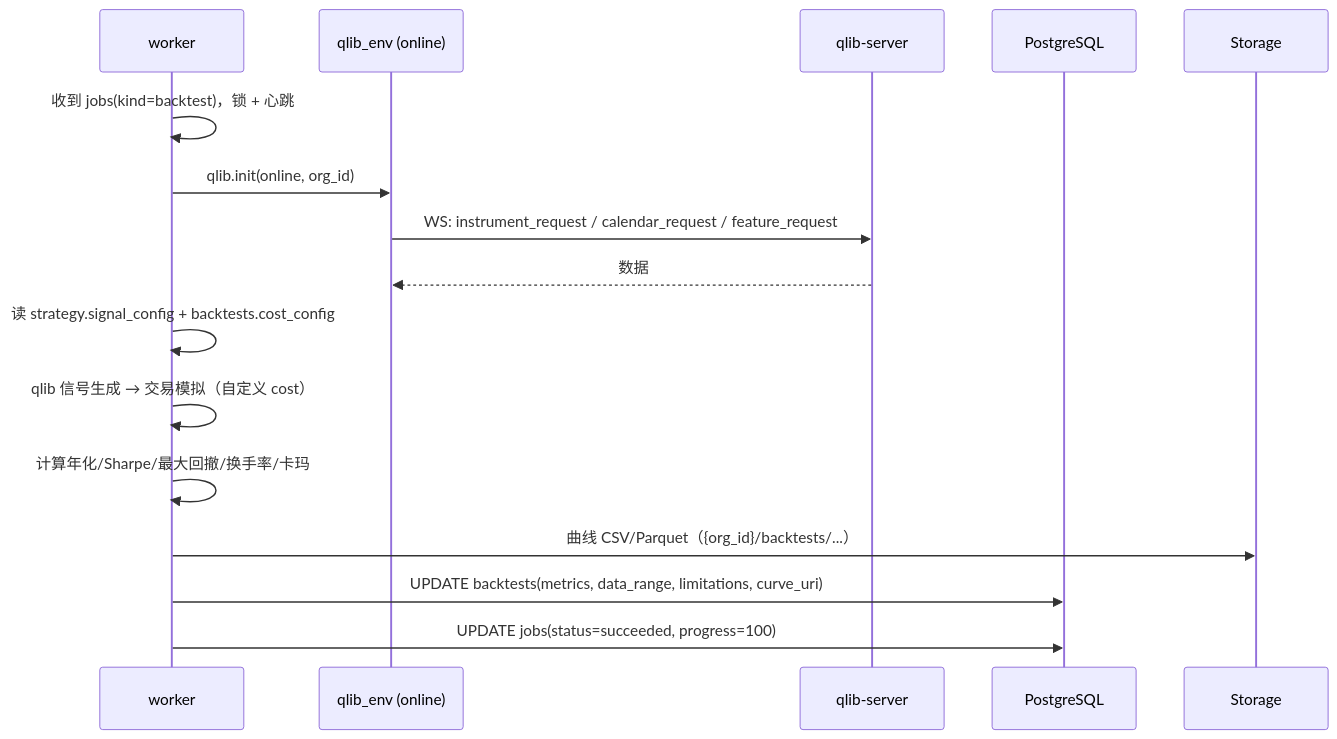
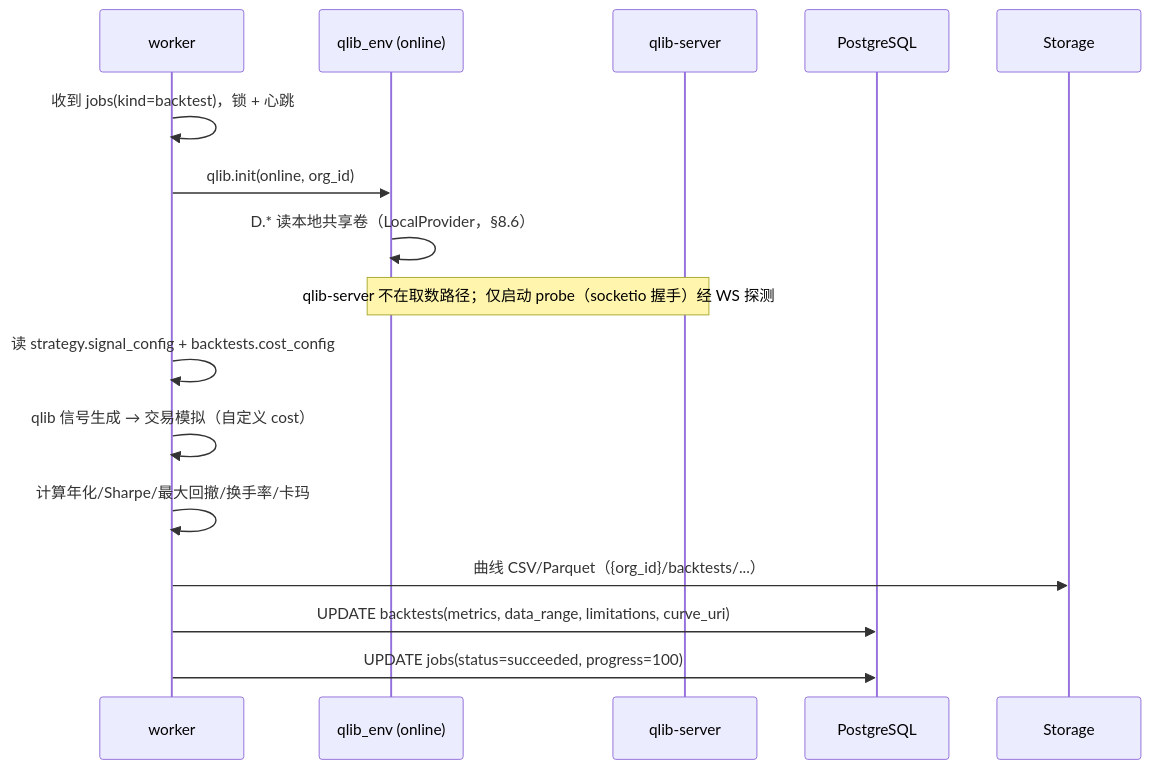
Before and after one commit to sjzsdu/QlibQuantLab: the second of 2 diagrams in docs/stage1/06-qlib-integration.md, drawn with Mermaid. The commit also changed other lines of this file and 38 other files, not shown here.

````diff
--- a/docs/stage1/06-qlib-integration.md
+++ b/docs/stage1/06-qlib-integration.md
@@ -145,19 +154,19 @@
 ```mermaid
 sequenceDiagram
     participant WK as worker
     participant QE as qlib_env (online)
     participant QS as qlib-server
     participant PG as PostgreSQL
     participant ST as Storage
 
     WK->>WK: 收到 jobs(kind=backtest)，锁 + 心跳
     WK->>QE: qlib.init(online, org_id)
-    QE->>QS: WS: instrument_request / calendar_request / feature_request
-    QS-->>QE: 数据
+    QE->>QE: D.* 读本地共享卷（LocalProvider，§8.6）
+    Note over QE,QS: qlib-server 不在取数路径；仅启动 probe（socketio 握手）经 WS 探测
     WK->>WK: 读 strategy.signal_config + backtests.cost_config
     WK->>WK: qlib 信号生成 → 交易模拟（自定义 cost）
     WK->>WK: 计算年化/Sharpe/最大回撤/换手率/卡玛
     WK->>ST: 曲线 CSV/Parquet（{org_id}/backtests/...）
     WK->>PG: UPDATE backtests(metrics, data_range, limitations, curve_uri)
     WK->>PG: UPDATE jobs(status=succeeded, progress=100)
 ```
````
